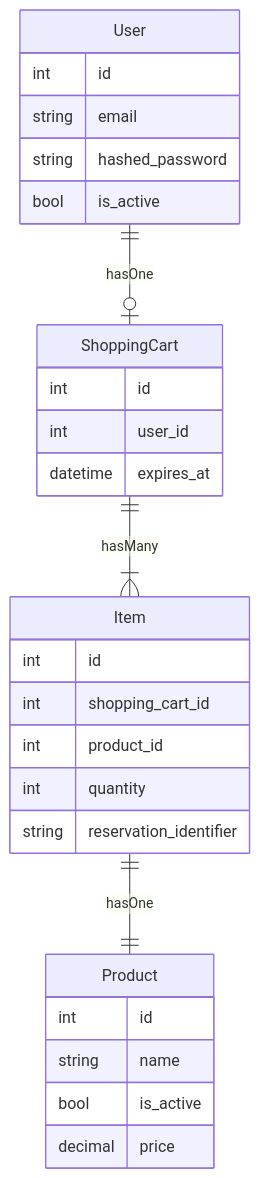
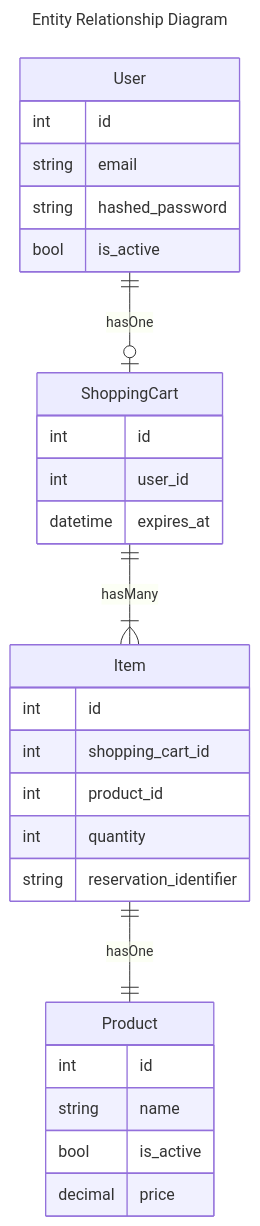
Before and after one commit to MrSir/roche-cc: the diagram in README.md, drawn with Mermaid.

Commit message:
erd title

````diff
--- a/README.md
+++ b/README.md
@@ -30,30 +30,33 @@
 ```mermaid
+---
+title: Entity Relationship Diagram
+---
 erDiagram
     User {
         int id
         string email
         string hashed_password
         bool is_active
     }
     ShoppingCart {
         int id
         int user_id
         datetime expires_at
     }
     Item {
         int id
         int shopping_cart_id
         int product_id
         int quantity
         string reservation_identifier
     }
     Product {
         int id
         string name
         bool is_active
         decimal price
     }
     User ||--o| ShoppingCart : hasOne
     ShoppingCart ||--|{ Item : hasMany
     Item ||--|| Product : hasOne
 ```
````
